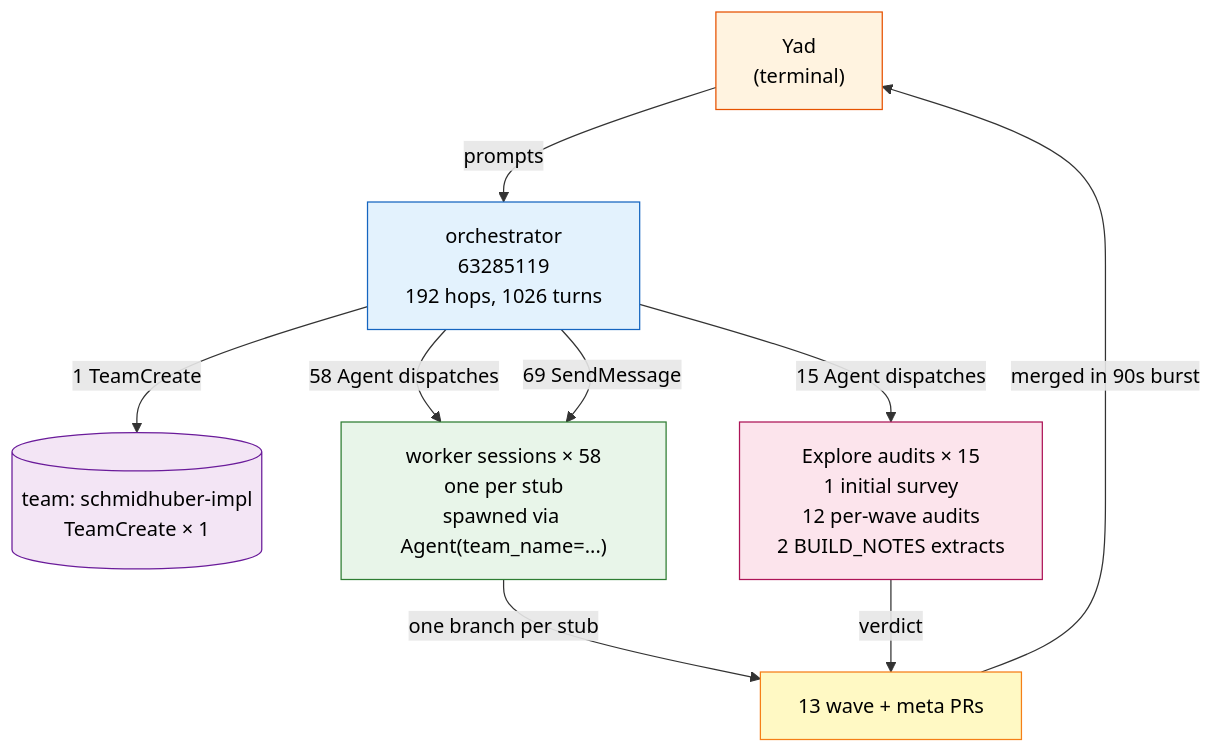
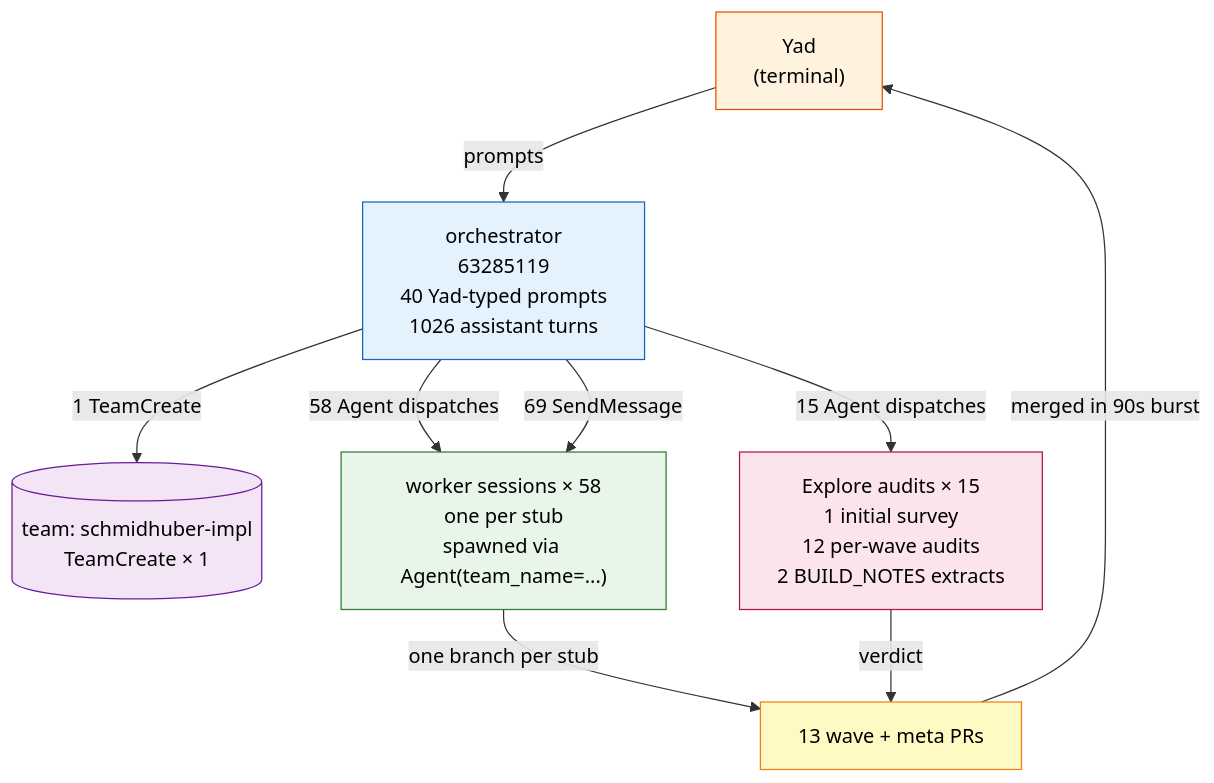
Before and after one commit to npow/schmidhuber-problems: the first of 2 diagrams in BUILD_INTERNALS/orchestration-map.md, drawn with Mermaid. The commit also changed 8 other files, not shown here.

````diff
--- a/BUILD_INTERNALS/orchestration-map.md
+++ b/BUILD_INTERNALS/orchestration-map.md
@@ -7,31 +7,31 @@
 ```mermaid
 graph TD
     Yad["Yad<br/>(terminal)"]
-    Orch["orchestrator<br/>63285119<br/>192 hops, 1026 turns"]
+    Orch["orchestrator<br/>63285119<br/>40 Yad-typed prompts<br/>1026 assistant turns"]
     Team[("team: schmidhuber-impl<br/>TeamCreate × 1")]
     Workers["worker sessions × 58<br/>one per stub<br/>spawned via Agent(team_name=...)"]
     Audits["Explore audits × 15<br/>1 initial survey<br/>12 per-wave audits<br/>2 BUILD_NOTES extracts"]
     PRs["13 wave + meta PRs"]
 
     Yad -->|prompts| Orch
     Orch -->|1 TeamCreate| Team
     Orch -->|58 Agent dispatches| Workers
     Orch -->|15 Agent dispatches| Audits
     Orch -->|69 SendMessage| Workers
     Workers -->|one branch per stub| PRs
     Audits -->|verdict| PRs
     PRs -->|merged in 90s burst| Yad
 
     classDef root fill:#fff3e0,stroke:#e65100,color:#000
     classDef orch fill:#e3f2fd,stroke:#1565c0,color:#000
     classDef team fill:#f3e5f5,stroke:#6a1b9a,color:#000
     classDef worker fill:#e8f5e9,stroke:#2e7d32,color:#000
     classDef audit fill:#fce4ec,stroke:#ad1457,color:#000
     classDef output fill:#fff9c4,stroke:#f57f17,color:#000
     class Yad root
     class Orch orch
     class Team team
     class Workers worker
     class Audits audit
     class PRs output
 ```
````
